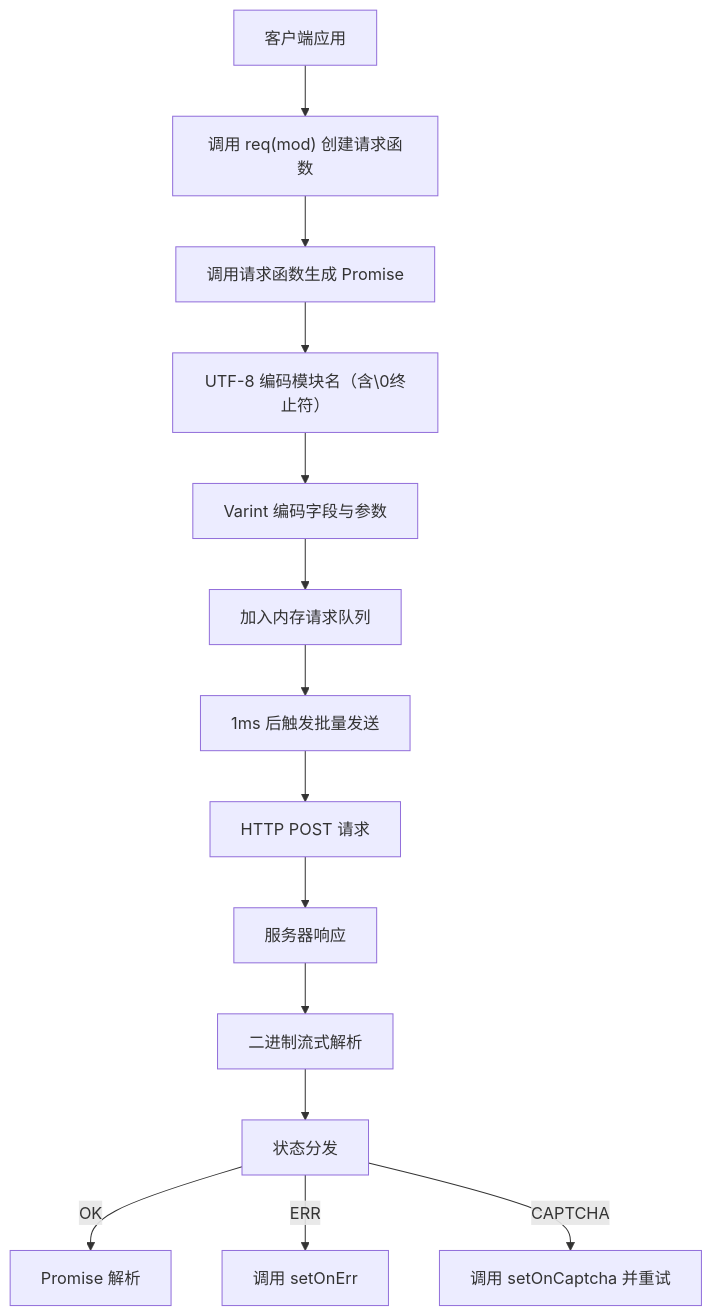
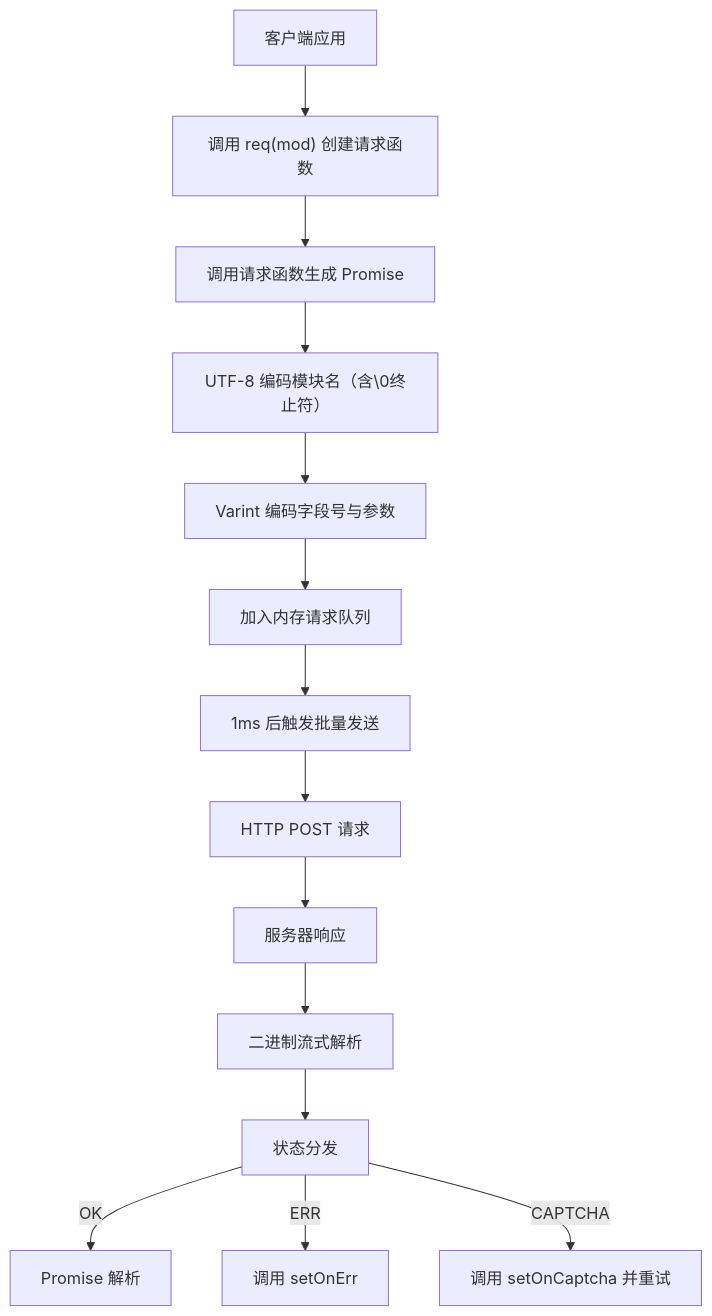
The diagram in protoapi/readme/zh/README.md (webc-site/npm), drawn with Mermaid before and after one commit. The commit also changed other lines of this file and 1 other file, not shown here.

````diff
--- a/protoapi/readme/zh/README.md
+++ b/protoapi/readme/zh/README.md
@@ -52,16 +52,16 @@
 ```mermaid
 graph TD
   A["客户端应用"] --> B["调用 req(mod) 创建请求函数"]
   B --> C["调用请求函数生成 Promise"]
   C --> D["UTF-8 编码模块名（含\0终止符）"]
-  D --> E["Varint 编码字段与参数"]
+  D --> E["Varint 编码字段号与参数"]
   E --> F["加入内存请求队列"]
   F --> G["1ms 后触发批量发送"]
   G --> H["HTTP POST 请求"]
   H --> I["服务器响应"]
   I --> J["二进制流式解析"]
   J --> K["状态分发"]
   K -->|OK| L["Promise 解析"]
   K -->|ERR| M["调用 setOnErr"]
   K -->|CAPTCHA| N["调用 setOnCaptcha 并重试"]
 ```
````
